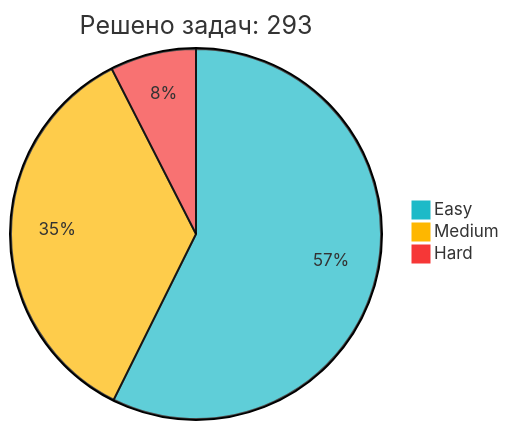
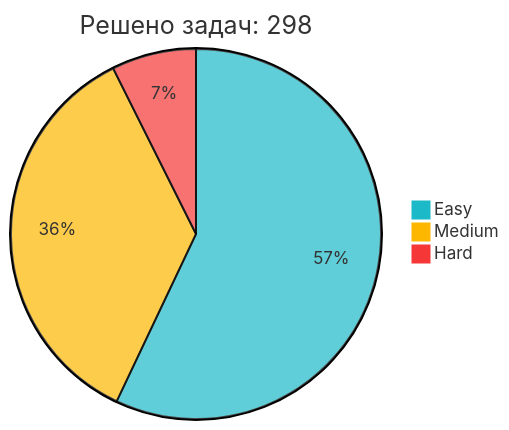
Before and after one commit to IliaKurdukov/IliaKurdukov: the diagram in README.md, drawn with Mermaid. The commit also changed other lines of this file, not shown here.

Commit message:
📈 Обновление статистики LeetCode

````diff
--- a/README.md
+++ b/README.md
@@ -51,7 +51,7 @@
 ```mermaid
 %%{init: {'theme': 'base', 'themeVariables': { 'pie1': '#1CBAC8', 'pie2': '#FEB700', 'pie3': '#F63737' }, 'config': {'width': 300, 'height': 200}}}%%
-pie title Решено задач: 293
-   "Easy" : 168
-   "Medium" : 103
+pie title Решено задач: 298
+   "Easy" : 170
+   "Medium" : 106
    "Hard" : 22
 ```
````
